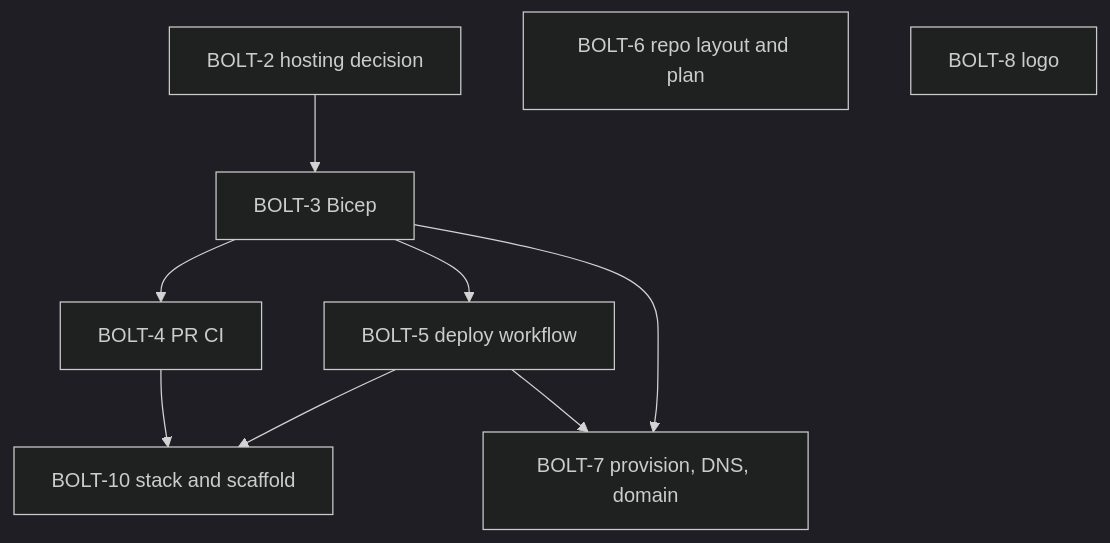
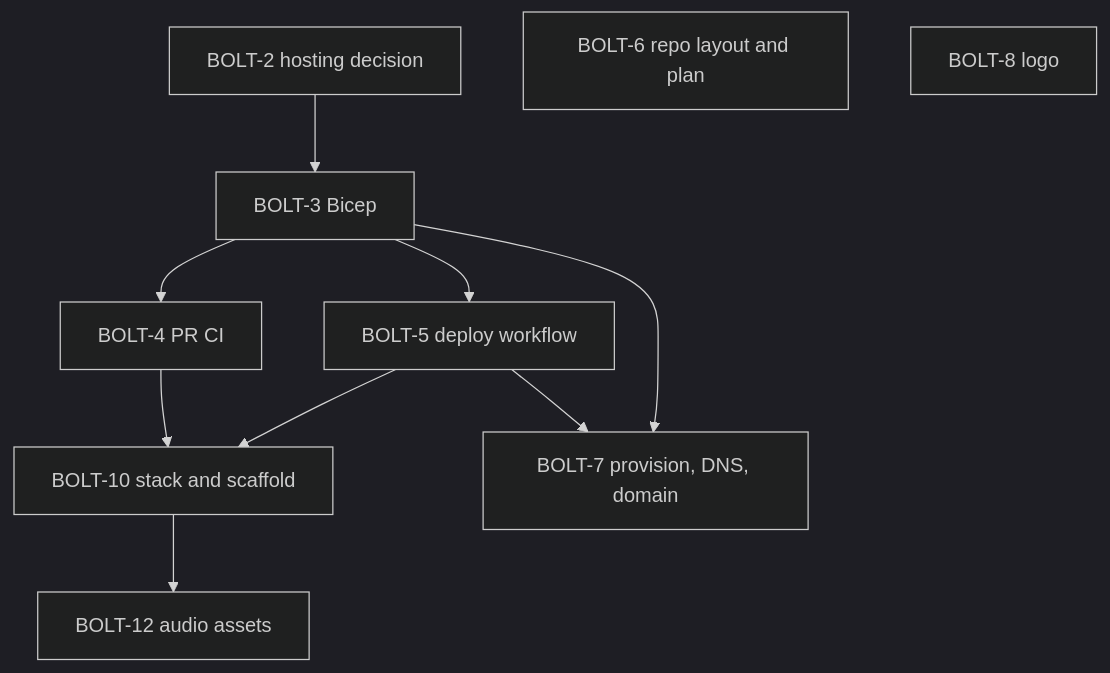
The diagram in docs/plan.md (henrique-meyer/boltclock), drawn with Mermaid (dark theme) before and after one commit. The commit also changed other lines of this file and 1 other file, not shown here.

First line of the commit message:
BOLT-12 Plan the audio assets and credit the sounds

````diff
--- a/docs/plan.md
+++ b/docs/plan.md
@@ -15,18 +15,20 @@
 ```mermaid
 flowchart TD
   s2[BOLT-2 hosting decision]
   s3[BOLT-3 Bicep]
   s4[BOLT-4 PR CI]
   s5[BOLT-5 deploy workflow]
   s6[BOLT-6 repo layout and plan]
   s7[BOLT-7 provision, DNS, domain]
   s8[BOLT-8 logo]
   s10[BOLT-10 stack and scaffold]
+  s12[BOLT-12 audio assets]
   s2 --> s3
   s4 --> s10
   s5 --> s10
   s3 --> s4
   s3 --> s5
   s3 --> s7
   s5 --> s7
+  s10 --> s12
 ```
````
